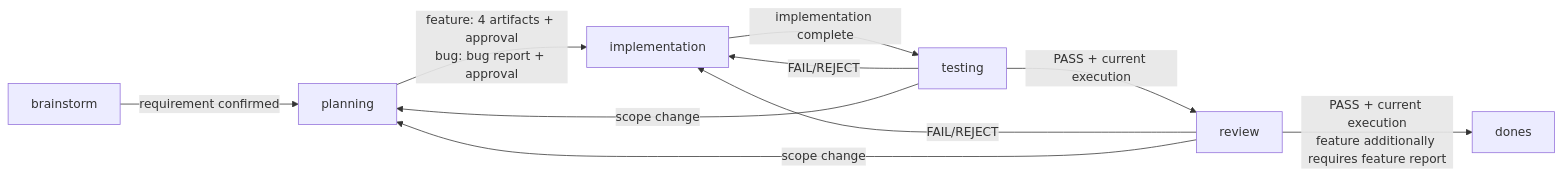
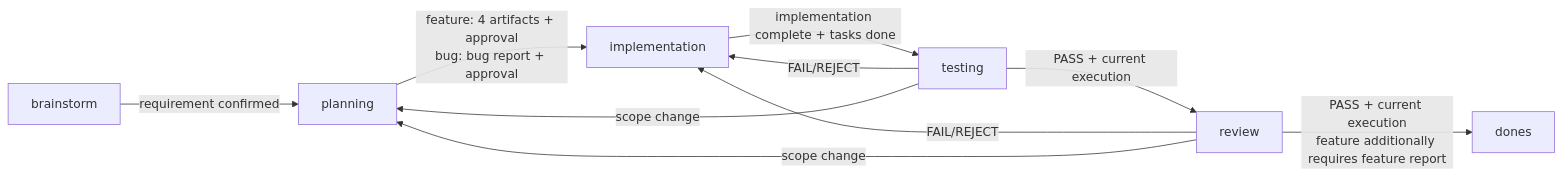
Before and after one commit to phuthuycoding/kanban-flow: the diagram in docs/workflow/gates.md, drawn with Mermaid. The commit also changed other lines of this file and 37 other files, not shown here.

````diff
--- a/docs/workflow/gates.md
+++ b/docs/workflow/gates.md
@@ -37,12 +37,12 @@
 ```mermaid
 flowchart LR
     B[brainstorm] -->|requirement confirmed| P[planning]
     P -->|feature: 4 artifacts + approval<br/>bug: bug report + approval| I[implementation]
-    I -->|implementation complete| T[testing]
+    I -->|implementation complete + tasks done| T[testing]
     T -->|PASS + current execution| R[review]
     T -->|FAIL/REJECT| I
     R -->|PASS + current execution<br/>feature additionally requires feature report| D[dones]
     R -->|FAIL/REJECT| I
     T -->|scope change| P
     R -->|scope change| P
 ```
````
